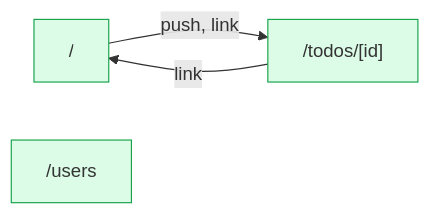
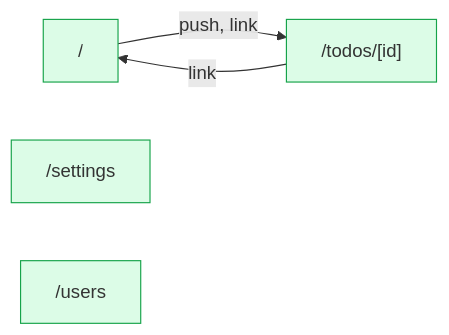
The diagram in packages/exporter/test/golden/react-query/md/README.md (MinaLouisLeon/flow-checker), drawn with Mermaid before and after one commit. The commit also changed other lines of this file and 106 other files, not shown here.

````diff
--- a/packages/exporter/test/golden/react-query/md/README.md
+++ b/packages/exporter/test/golden/react-query/md/README.md
@@ -28,10 +28,11 @@
 ```mermaid
 graph LR
   r0["/"]
-  r1["/todos/[id]"]
-  r2["/users"]
-  r0 -->|push, link| r1
-  r1 -->|link| r0
+  r1["/settings"]
+  r2["/todos/[id]"]
+  r3["/users"]
+  r0 -->|push, link| r2
+  r2 -->|link| r0
   classDef verified fill:#dcfce7,stroke:#16a34a
-  class r0,r1,r2 verified
+  class r0,r1,r2,r3 verified
 ```
````
